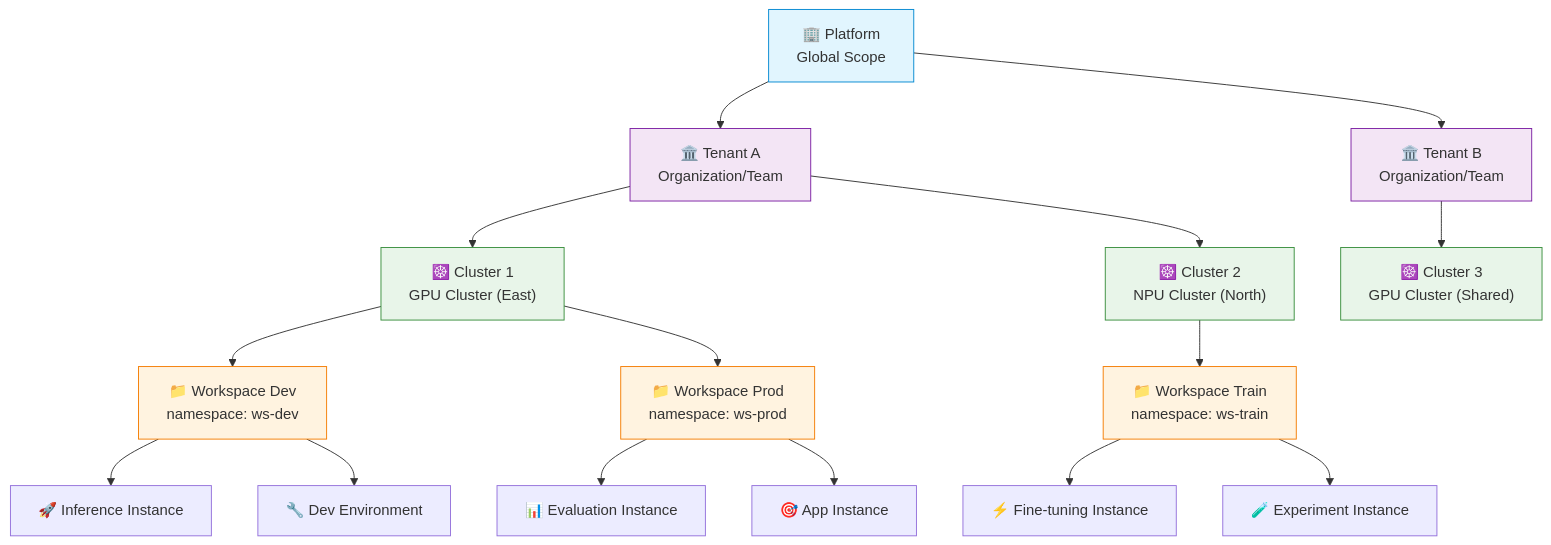
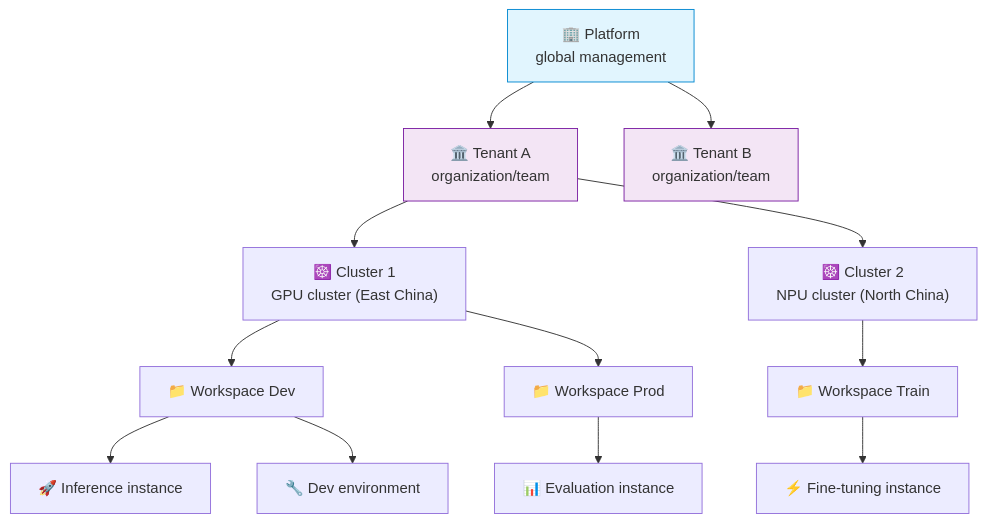
One commit to poxiaoyun/docs changed the second of 6 diagrams in src/pages/docs/en/02.guide/02.architecture.md. Above: the diagram before and after it, drawn with Mermaid. The commit also changed other lines of this file and 463 other files, not shown here.

````diff
--- a/src/pages/docs/en/02.guide/02.architecture.md
+++ b/src/pages/docs/en/02.guide/02.architecture.md
@@ -135,32 +114,23 @@
 ```mermaid
 graph TD
-    Platform["🏢 Platform<br/>Global Scope"]
+    Platform["🏢 Platform<br/>global management"]
     
-    Platform --> T1["🏛️ Tenant A<br/>Organization/Team"]
-    Platform --> T2["🏛️ Tenant B<br/>Organization/Team"]
+    Platform --> T1["🏛️ Tenant A<br/>organization/team"]
+    Platform --> T2["🏛️ Tenant B<br/>organization/team"]
     
-    T1 --> C1["☸️ Cluster 1<br/>GPU Cluster (East)"]
-    T1 --> C2["☸️ Cluster 2<br/>NPU Cluster (North)"]
-    T2 --> C3["☸️ Cluster 3<br/>GPU Cluster (Shared)"]
+    T1 --> C1["☸️ Cluster 1<br/>GPU cluster (East China)"]
+    T1 --> C2["☸️ Cluster 2<br/>NPU cluster (North China)"]
     
-    C1 --> W1["📁 Workspace Dev<br/>namespace: ws-dev"]
-    C1 --> W2["📁 Workspace Prod<br/>namespace: ws-prod"]
-    C2 --> W3["📁 Workspace Train<br/>namespace: ws-train"]
+    C1 --> W1["📁 Workspace Dev"]
+    C1 --> W2["📁 Workspace Prod"]
+    C2 --> W3["📁 Workspace Train"]
     
-    W1 --> I1["🚀 Inference Instance"]
-    W1 --> I2["🔧 Dev Environment"]
-    W2 --> I3["📊 Evaluation Instance"]
-    W2 --> I4["🎯 App Instance"]
-    W3 --> I5["⚡ Fine-tuning Instance"]
-    W3 --> I6["🧪 Experiment Instance"]
+    W1 --> I1["🚀 Inference instance"]
+    W1 --> I2["🔧 Dev environment"]
+    W2 --> I3["📊 Evaluation instance"]
+    W3 --> I4["⚡ Fine-tuning instance"]
 
     style Platform fill:#e1f5fe,stroke:#0288d1
     style T1 fill:#f3e5f5,stroke:#7b1fa2
     style T2 fill:#f3e5f5,stroke:#7b1fa2
-    style C1 fill:#e8f5e9,stroke:#388e3c
-    style C2 fill:#e8f5e9,stroke:#388e3c
-    style C3 fill:#e8f5e9,stroke:#388e3c
-    style W1 fill:#fff3e0,stroke:#f57c00
-    style W2 fill:#fff3e0,stroke:#f57c00
-    style W3 fill:#fff3e0,stroke:#f57c00
 ```
````
